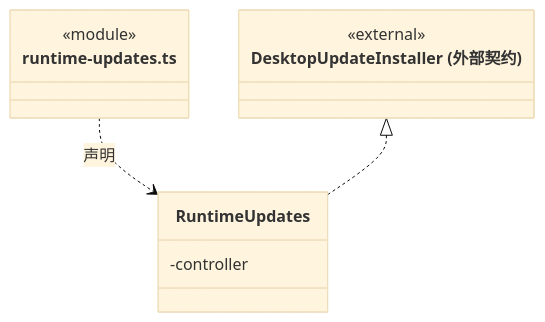
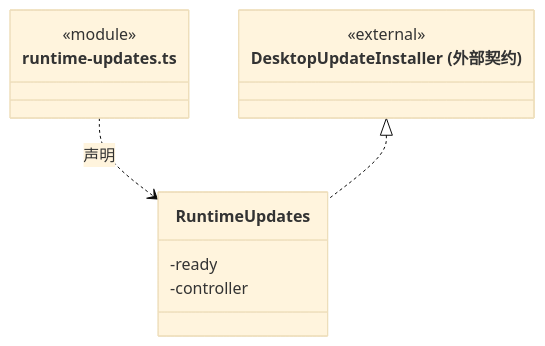
Before and after one commit to nan023062/cbim: diagram 22 of 28 in src/logic/updates/service/ARCHITECTURE.md, drawn with Mermaid (base theme). The commit also changed other lines of this file and 139 other files, not shown here.

Commit message:
docs(architecture): add source reading paths and complete file inventories

````diff
--- a/src/logic/updates/service/ARCHITECTURE.md
+++ b/src/logic/updates/service/ARCHITECTURE.md
@@ -494,14 +503,15 @@
 ```mermaid
 classDiagram
 class N_src_logic_updates_service_runtime_updates_ts["runtime-updates.ts"] {
   <<module>>
 }
 class N_src_logic_updates_service_runtime_updates_ts_RuntimeUpdates["RuntimeUpdates"] {
+  -ready
   -controller
 }
 N_src_logic_updates_service_runtime_updates_ts ..> N_src_logic_updates_service_runtime_updates_ts_RuntimeUpdates : 声明
 class N_src_logic_updates_service_runtime_updates_ts_external_DesktopUpdateInstaller["DesktopUpdateInstaller (外部契约)"] {
   <<external>>
 }
 N_src_logic_updates_service_runtime_updates_ts_external_DesktopUpdateInstaller <|.. N_src_logic_updates_service_runtime_updates_ts_RuntimeUpdates
 ```
````
